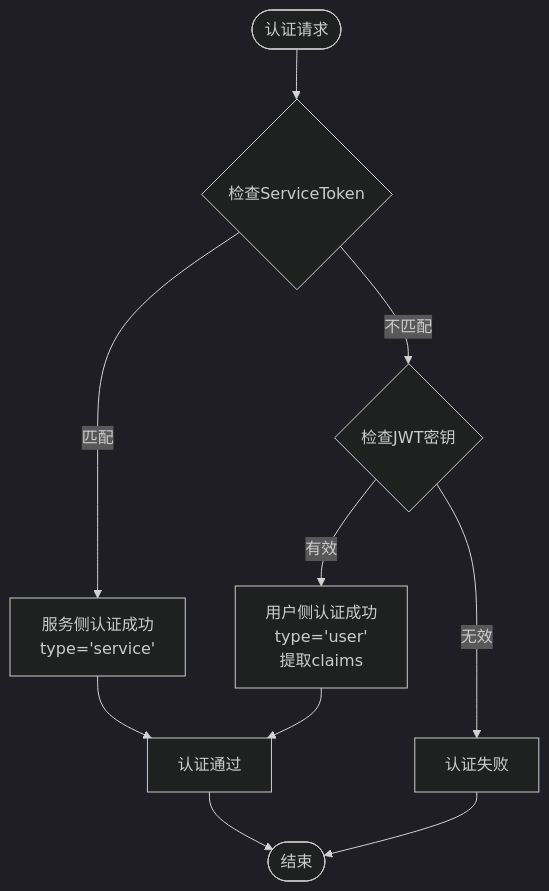
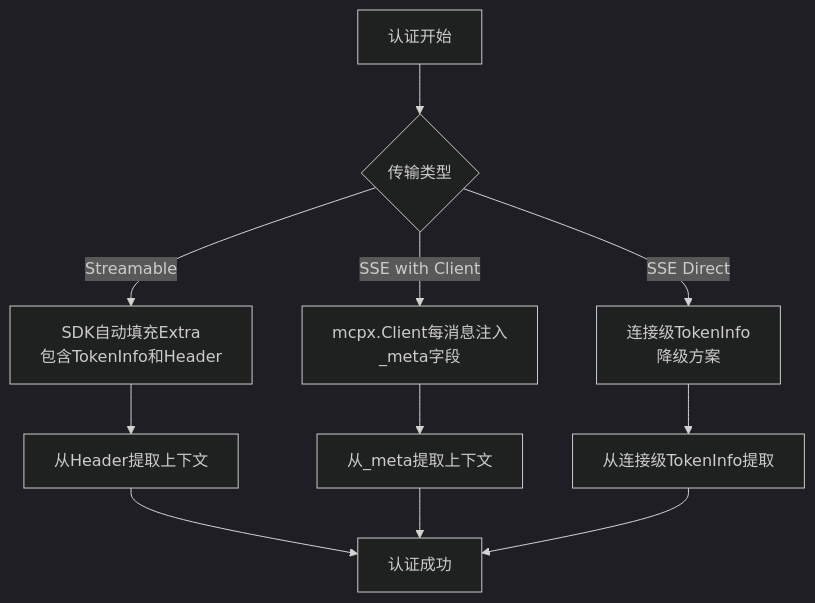
One commit to maomao94/zero-service changed the eighth of 9 diagrams in .qoder/repowiki/zh/content/实时通信模块/Server-Sent Events流式传输.md. Above: the diagram before and after it, drawn with Mermaid (dark theme). The commit also changed other lines of this file and 11 other files, not shown here.

````diff
--- a/.qoder/repowiki/zh/content/实时通信模块/Server-Sent Events流式传输.md
+++ b/.qoder/repowiki/zh/content/实时通信模块/Server-Sent Events流式传输.md
@@ -377,12 +379,13 @@
 ```mermaid
 flowchart TD
-Start(["认证请求"]) --> CheckService{"检查ServiceToken"}
-CheckService --> |匹配| ServiceAuth["服务侧认证成功<br/>type='service'"]
-CheckService --> |不匹配| CheckJWT{"检查JWT密钥"}
-CheckJWT --> |有效| UserAuth["用户侧认证成功<br/>type='user'<br/>提取claims"]
-CheckJWT --> |无效| Fail["认证失败"]
-ServiceAuth --> Success["认证通过"]
-UserAuth --> Success
-Fail --> End(["结束"])
-Success --> End
+AuthStart["认证开始"] --> CheckTransport{"传输类型"}
+CheckTransport --> |Streamable| SDKFill["SDK自动填充Extra<br/>包含TokenInfo和Header"]
+CheckTransport --> |SSE with Client| MetaInject["mcpx.Client每消息注入<br/>_meta字段"]
+CheckTransport --> |SSE Direct| ConnLevel["连接级TokenInfo<br/>降级方案"]
+SDKFill --> ExtractHeader["从Header提取上下文"]
+MetaInject --> ExtractMeta["从_meta提取上下文"]
+ConnLevel --> ExtractConn["从连接级TokenInfo提取"]
+ExtractHeader --> Success["认证成功"]
+ExtractMeta --> Success
+ExtractConn --> Success
 ```
````
